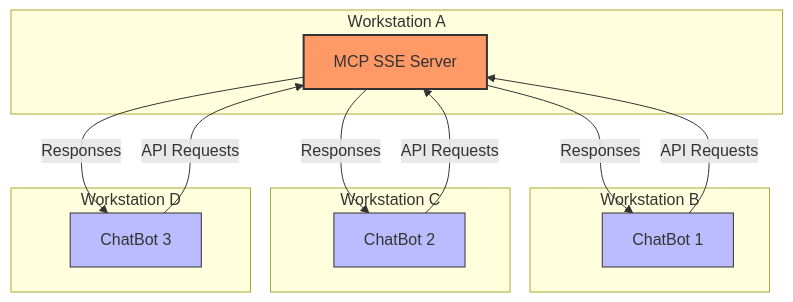
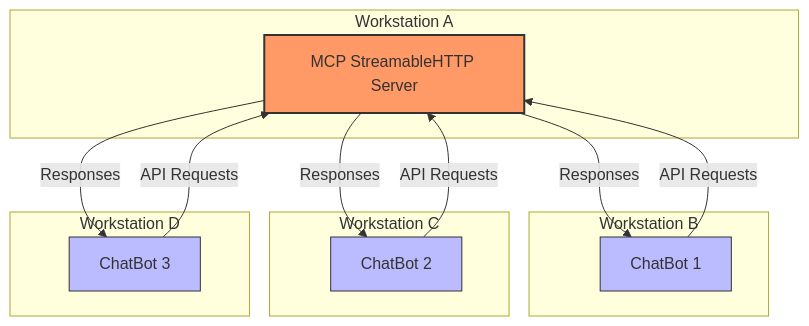
The diagram in docs/index.md (sea-monkeys/WASImancer), drawn with Mermaid before and after one commit. The commit also changed other lines of this file and 27 other files, not shown here.

Commit message:
✨ Introduce new feature(s): Replace SSE transport with StreamableHTTP transport

````diff
--- a/docs/index.md
+++ b/docs/index.md
@@ -19,31 +19,31 @@
 ```mermaid
 graph TD
     subgraph "Workstation A"
-        MCP[MCP SSE Server]
+        MCP[MCP StreamableHTTP Server]
     end
     
     subgraph "Workstation B"
         ChatBot1[ChatBot 1]
     end
     
     subgraph "Workstation C"
         ChatBot2[ChatBot 2]
     end
     
     subgraph "Workstation D"
         ChatBot3[ChatBot 3]
     end
     
     ChatBot1 -->|API Requests| MCP
     ChatBot2 -->|API Requests| MCP
     ChatBot3 -->|API Requests| MCP
     
     MCP -->|Responses| ChatBot1
     MCP -->|Responses| ChatBot2
     MCP -->|Responses| ChatBot3
     
     style MCP fill:#f96,stroke:#333,stroke-width:2px
     style ChatBot1 fill:#bbf,stroke:#333,stroke-width:1px
     style ChatBot2 fill:#bbf,stroke:#333,stroke-width:1px
     style ChatBot3 fill:#bbf,stroke:#333,stroke-width:1px
 ```
````
